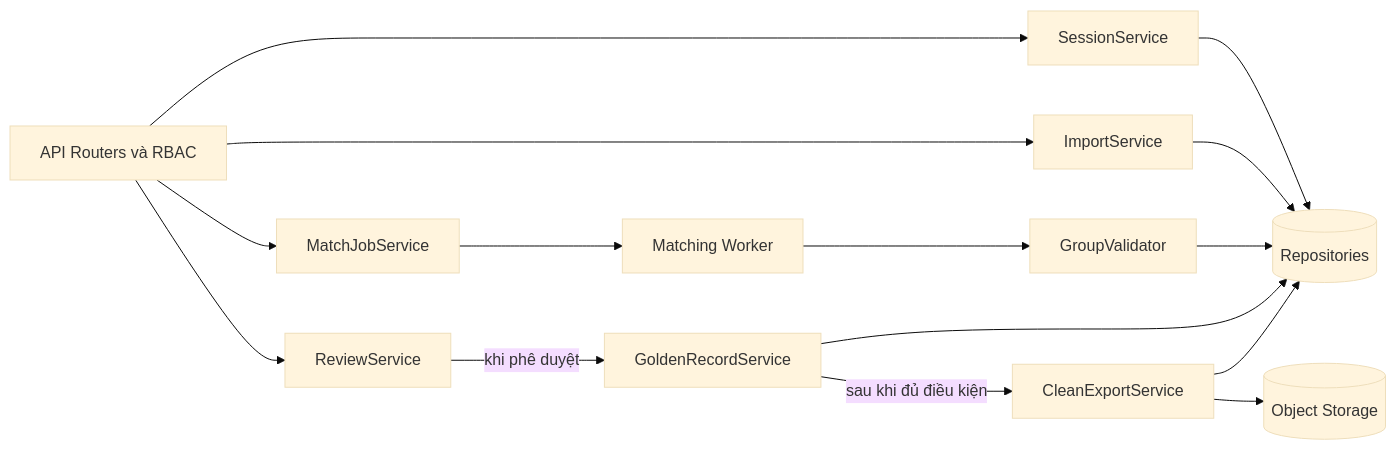
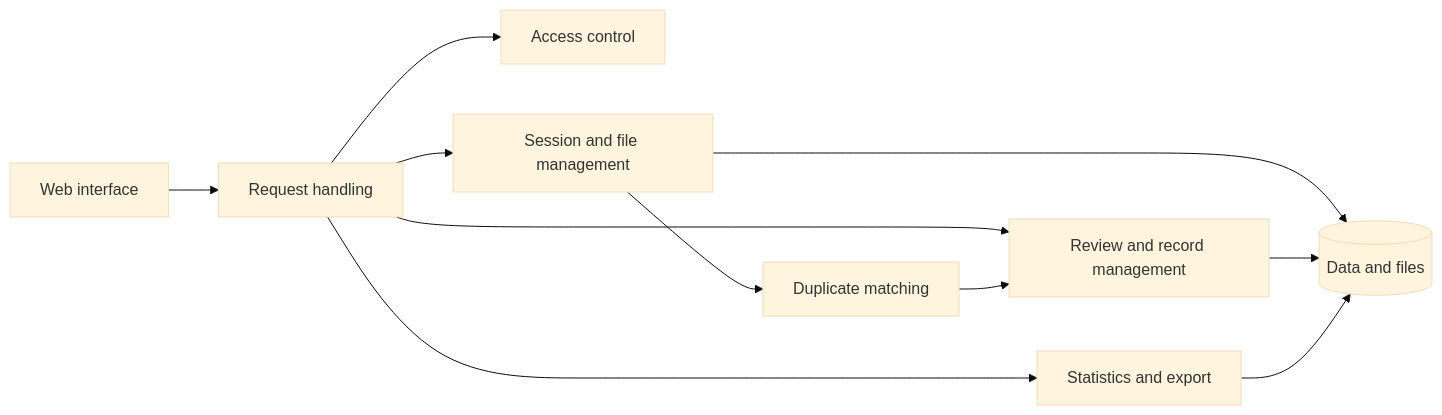
The third of 3 diagrams in README.md (ngominhthu09/data), drawn with Mermaid (base theme) before and after one commit. The commit also changed other lines of this file and 398 other files, not shown here.

````diff
--- a/README.md
+++ b/README.md
@@ -513,17 +410,13 @@
 ```mermaid
 flowchart LR
-    API[API Routers và RBAC] --> SESSION[SessionService]
-    API --> IMPORT[ImportService]
-    API --> MATCH[MatchJobService]
-    API --> REVIEW[ReviewService]
-    SESSION --> REPO[(Repositories)]
-    IMPORT --> REPO
-    MATCH --> WORKER[Matching Worker]
-    WORKER --> VALIDATOR[GroupValidator]
-    VALIDATOR --> REPO
-    REVIEW -->|khi phê duyệt| MERGE[GoldenRecordService]
-    MERGE --> REPO
-    MERGE -->|sau khi đủ điều kiện| EXPORT[CleanExportService]
-    EXPORT --> REPO
-    EXPORT --> STORAGE[(Object Storage)]
+    web[Web interface] --> api[Request handling]
+    api --> access[Access control]
+    api --> sessions[Session and file management]
+    api --> reviews[Review and record management]
+    api --> reports[Statistics and export]
+    sessions --> matching[Duplicate matching]
+    matching --> reviews
+    sessions --> data[(Data and files)]
+    reviews --> data
+    reports --> data
 ```
````
